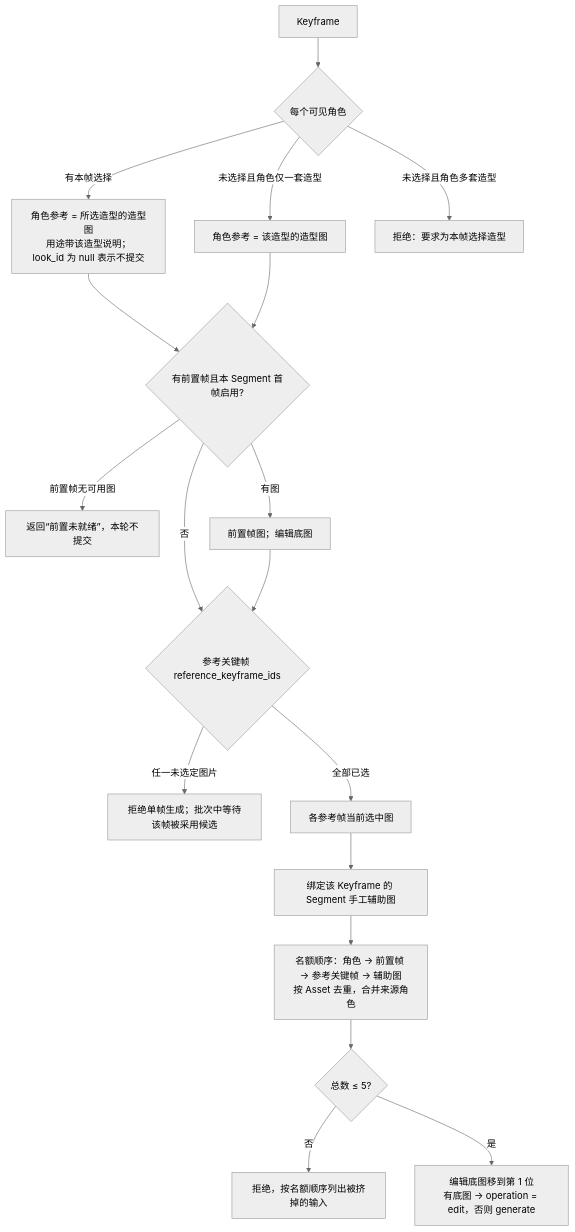
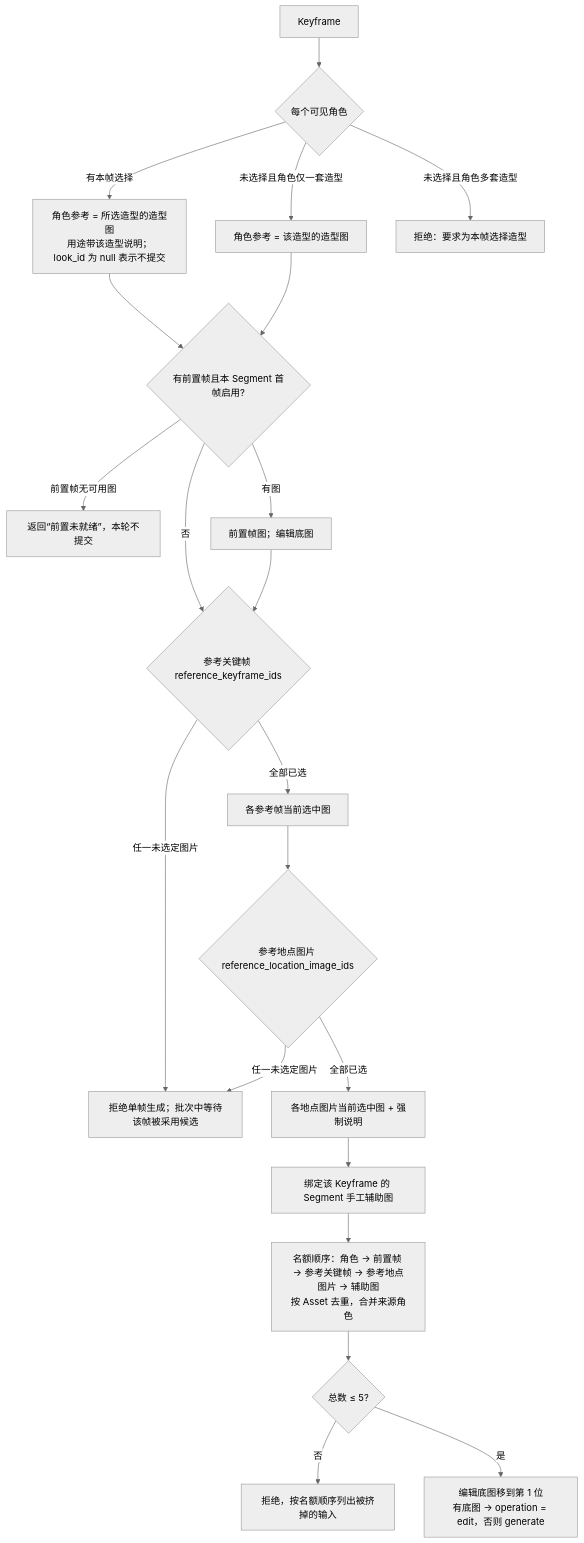
Before and after one commit to LJXLJXLJX/StoryRail: the fourth of 10 diagrams in docs/data-flow.md, drawn with Mermaid (neutral theme). The commit also changed other lines of this file and 34 other files, not shown here.

First line of the commit message:
feat: let keyframes reference selected location images

````diff
--- a/docs/data-flow.md
+++ b/docs/data-flow.md
@@ -101,19 +101,22 @@
 ```mermaid
 flowchart TB
     start[Keyframe] --> chars{每个可见角色}
     chars -- 有本帧选择 --> c1[角色参考 = 所选造型的造型图<br/>用途带该造型说明；look_id 为 null 表示不提交]
     chars -- 未选择且角色仅一套造型 --> c2[角色参考 = 该造型的造型图]
     chars -- 未选择且角色多套造型 --> creject[拒绝：要求为本帧选择造型]
     c1 & c2 --> pred{有前置帧且本 Segment 首帧启用?}
     pred -- 前置帧无可用图 --> wait[返回“前置未就绪”，本轮不提交]
     pred -- 有图 --> p1[前置帧图；编辑底图]
     pred -- 否 --> refs
     p1 --> refs{参考关键帧 reference_keyframe_ids}
     refs -- 任一未选定图片 --> rwait[拒绝单帧生成；批次中等待该帧被采用候选]
     refs -- 全部已选 --> r1[各参考帧当前选中图]
-    r1 --> aux[绑定该 Keyframe 的 Segment 手工辅助图]
-    aux --> dedupe[名额顺序：角色 → 前置帧 → 参考关键帧 → 辅助图<br/>按 Asset 去重，合并来源角色]
+    r1 --> locs{参考地点图片 reference_location_image_ids}
+    locs -- 任一未选定图片 --> rwait
+    locs -- 全部已选 --> l1[各地点图片当前选中图 + 强制说明]
+    l1 --> aux[绑定该 Keyframe 的 Segment 手工辅助图]
+    aux --> dedupe[名额顺序：角色 → 前置帧 → 参考关键帧 → 参考地点图片 → 辅助图<br/>按 Asset 去重，合并来源角色]
     dedupe --> limit{总数 ≤ 5?}
     limit -- 否 --> reject[拒绝，按名额顺序列出被挤掉的输入]
     limit -- 是 --> op[编辑底图移到第 1 位<br/>有底图 → operation = edit，否则 generate]
 ```
````
